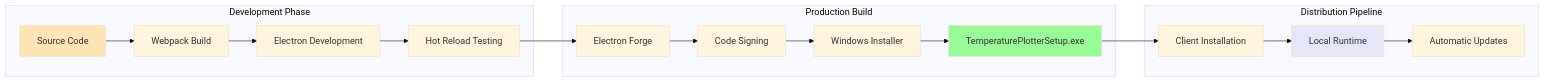
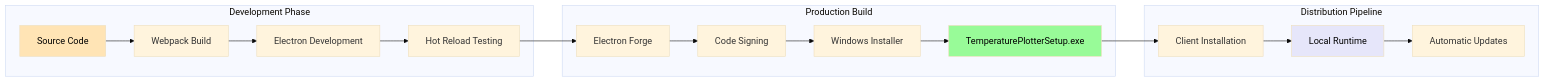
One commit to Interlaken0/temperature-plotter changed the tenth of 18 diagrams in docs/system-architecture.md. Above: the diagram before and after it, drawn with Mermaid (base theme). The commit also changed other lines of this file and 8 other files, not shown here.

First line of the commit message:
Update documentation with comprehensive API reference and visual graph upgrade details

````diff
--- a/docs/system-architecture.md
+++ b/docs/system-architecture.md
@@ -235,26 +448,26 @@
 ```mermaid
 flowchart LR
     subgraph "Development Phase"
         A[Source Code] --> B[Webpack Build]
         B --> C[Electron Development]
         C --> D[Hot Reload Testing]
     end
     
     subgraph "Production Build"
         E[Electron Forge] --> F[Code Signing]
         F --> G[Windows Installer]
         G --> H[TemperaturePlotterSetup.exe]
     end
     
     subgraph "Distribution Pipeline"
         H --> I[Client Installation]
         I --> J[Local Runtime]
         J --> K[Automatic Updates]
     end
     
     D --> E
     
-    style A fill:#FFE4B5
-    style H fill:#98FB98
-    style J fill:#E6E6FA
+    style A fill:#FFE4B5,color:#000000
+    style H fill:#98FB98,color:#000000
+    style J fill:#E6E6FA,color:#000000
 ```
````
